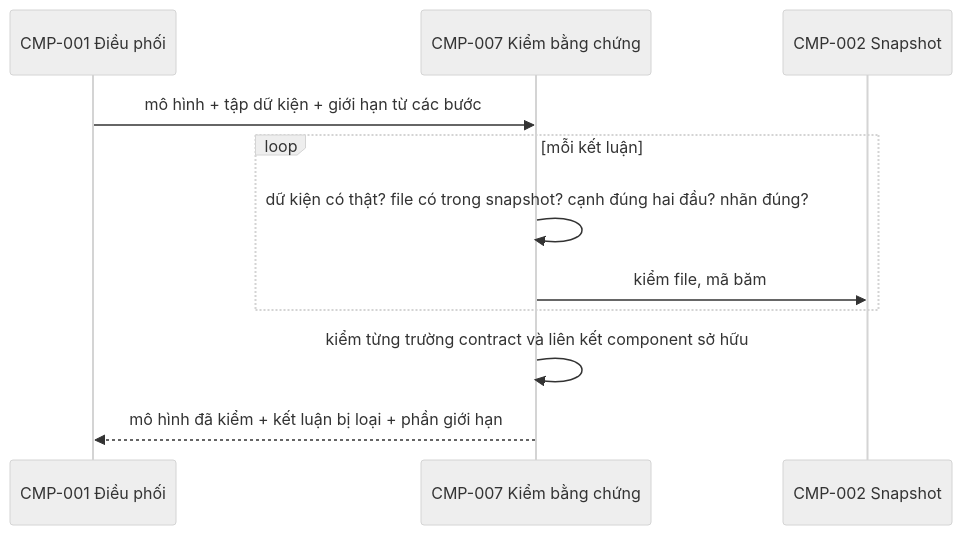
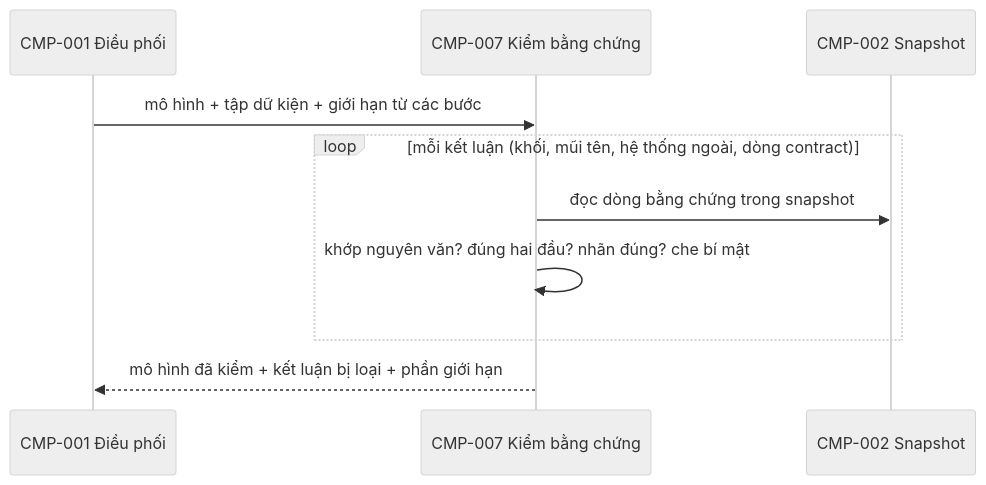
One commit to nchoang1004/l3-generator-fr029 changed the first of 2 diagrams in .aide/architecture/l2/CMP-L3GEN-007.md. Above: the diagram before and after it, drawn with Mermaid (neutral theme). The commit also changed other lines of this file and 24 other files, not shown here.

Commit message:
docs: update architecture and Gate 1 baselines

````diff
--- a/.aide/architecture/l2/CMP-L3GEN-007.md
+++ b/.aide/architecture/l2/CMP-L3GEN-007.md
@@ -56,13 +61,12 @@
 ```mermaid
 sequenceDiagram
     participant R as CMP-001 Điều phối
     participant E as CMP-007 Kiểm bằng chứng
     participant S as CMP-002 Snapshot
     R->>E: mô hình + tập dữ kiện + giới hạn từ các bước
-    loop mỗi kết luận
-        E->>E: dữ kiện có thật? file có trong snapshot? cạnh đúng hai đầu? nhãn đúng?
-        E->>S: kiểm file, mã băm
+    loop mỗi kết luận (khối, mũi tên, hệ thống ngoài, dòng contract)
+        E->>S: đọc dòng bằng chứng trong snapshot
+        E->>E: khớp nguyên văn? đúng hai đầu? nhãn đúng? che bí mật
     end
-    E->>E: kiểm từng trường contract và liên kết component sở hữu
     E-->>R: mô hình đã kiểm + kết luận bị loại + phần giới hạn
 ```
````
